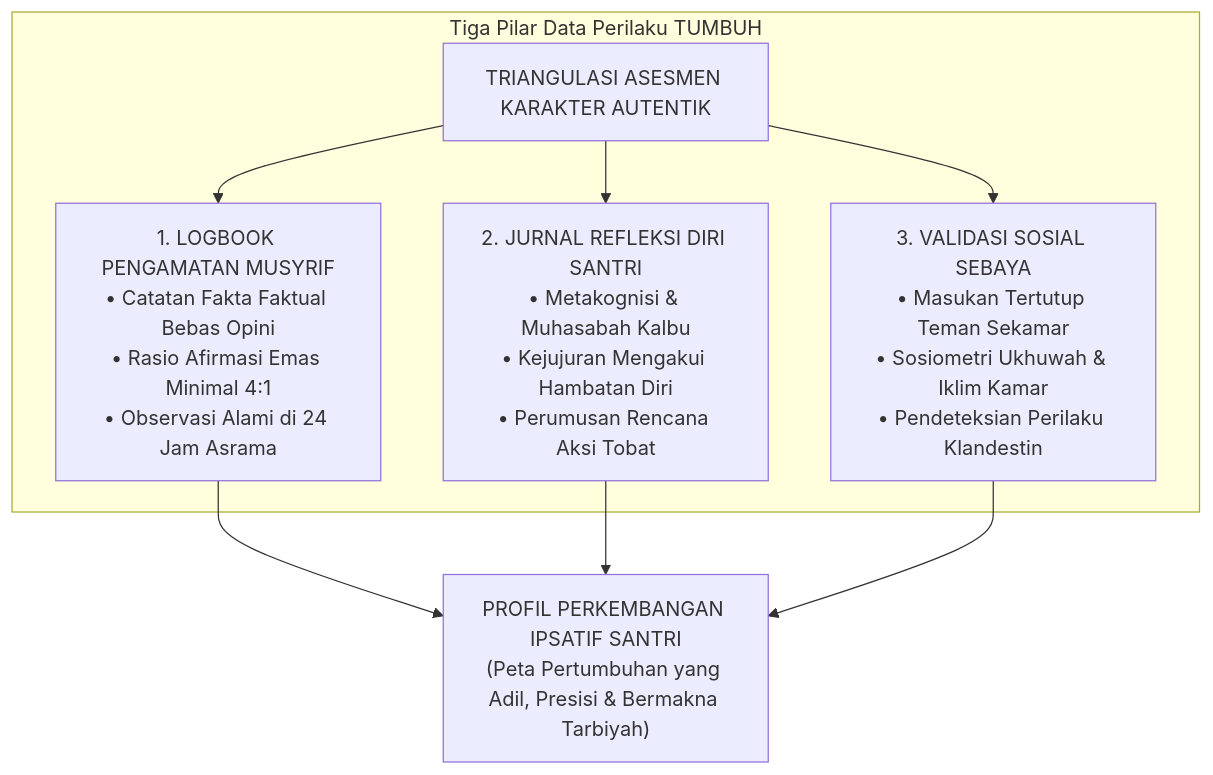
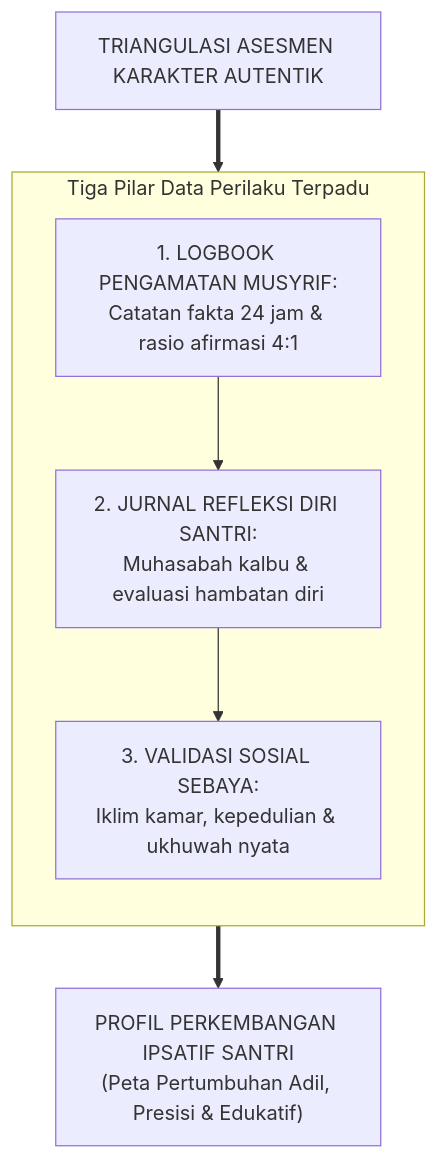
One commit to wandiapriliyandi/tumbuh changed the second of 3 diagrams in BOOK Series 1/01-The-Fundamental-of-TUMBUH/Bab-16-Filosofi-Asesmen-Karakter-dan-Metode-Pengumpulan-Data.md. Above: the diagram before and after it, drawn with Mermaid. The commit also changed other lines of this file and 35 other files, not shown here.

Commit message:
fix(book-01): optimasi keterbacaan diagram mermaid pada seluruh bab dan perbarui 20 file PDF

````diff
--- a/BOOK Series 1/01-The-Fundamental-of-TUMBUH/Bab-16-Filosofi-Asesmen-Karakter-dan-Metode-Pengumpulan-Data.md
+++ b/BOOK Series 1/01-The-Fundamental-of-TUMBUH/Bab-16-Filosofi-Asesmen-Karakter-dan-Metode-Pengumpulan-Data.md
@@ -112,14 +118,14 @@
 ```mermaid
 graph TD
     S["TRIANGULASI ASESMEN KARAKTER AUTENTIK"]
     
-    subgraph TIGA_SUMBER_BUKTI["Tiga Pilar Data Perilaku TUMBUH"]
-        S --> D1["1. LOGBOOK PENGAMATAN MUSYRIF<br/>• Catatan Fakta Faktual Bebas Opini<br/>• Rasio Afirmasi Emas Minimal 4:1<br/>• Observasi Alami di 24 Jam Asrama"]
-        
-        S --> D2["2. JURNAL REFLEKSI DIRI SANTRI<br/>• Metakognisi & Muhasabah Kalbu<br/>• Kejujuran Mengakui Hambatan Diri<br/>• Perumusan Rencana Aksi Tobat"]
-        
-        S --> D3["3. VALIDASI SOSIAL SEBAYA<br/>• Masukan Tertutup Teman Sekamar<br/>• Sosiometri Ukhuwah & Iklim Kamar<br/>• Pendeteksian Perilaku Klandestin"]
+    subgraph TIGA_SUMBER_BUKTI["Tiga Pilar Data Perilaku Terpadu"]
+        direction TB
+        D1["1. LOGBOOK PENGAMATAN MUSYRIF:<br/>Catatan fakta 24 jam & rasio afirmasi 4:1"]
+        --> D2["2. JURNAL REFLEKSI DIRI SANTRI:<br/>Muhasabah kalbu & evaluasi hambatan diri"]
+        --> D3["3. VALIDASI SOSIAL SEBAYA:<br/>Iklim kamar, kepedulian & ukhuwah nyata"]
     end
 
-    D1 & D2 & D3 --> HASIL["PROFIL PERKEMBANGAN IPSATIF SANTRI<br/>(Peta Pertumbuhan yang Adil, Presisi & Bermakna Tarbiyah)"]
+    S ==> TIGA_SUMBER_BUKTI
+    TIGA_SUMBER_BUKTI ==> HASIL["PROFIL PERKEMBANGAN IPSATIF SANTRI<br/>(Peta Pertumbuhan Adil, Presisi & Edukatif)"]
 ```
````
